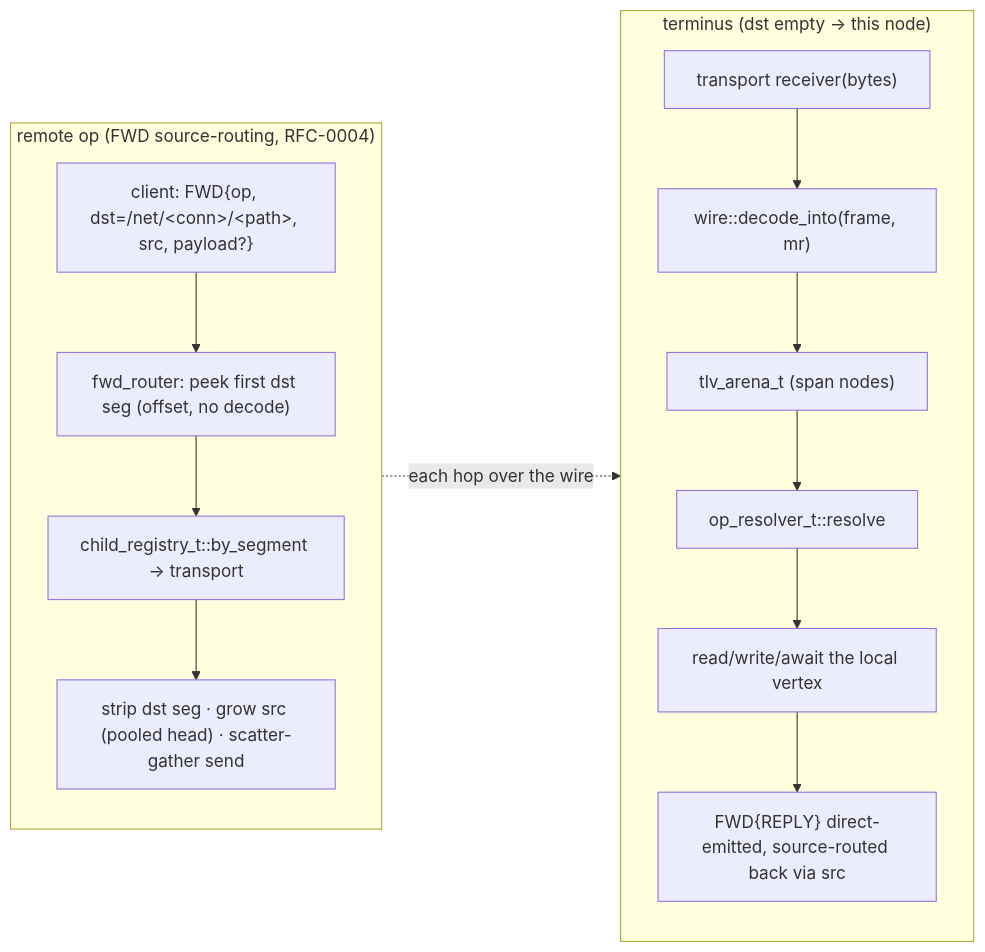
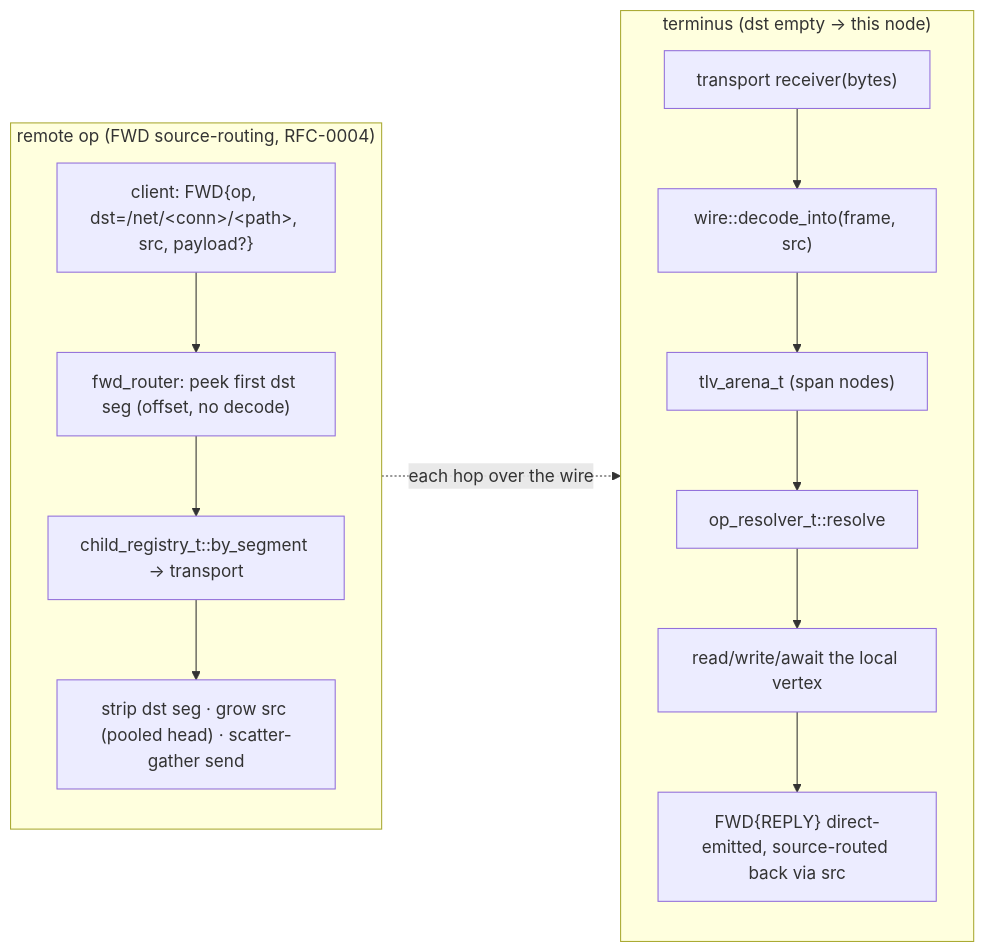
The second of 2 diagrams in docs/modules/interface-map.md (avatarsd-llc/libtracer), drawn with Mermaid before and after one commit. The commit also changed other lines of this file and 25 other files, not shown here.

````diff
--- a/docs/modules/interface-map.md
+++ b/docs/modules/interface-map.md
@@ -48,18 +48,18 @@
 ```{mermaid}
 flowchart LR
     subgraph fwd["remote op (FWD source-routing, RFC-0004)"]
         direction TB
         W1["client: FWD{op, dst=/net/&lt;conn&gt;/&lt;path&gt;, src, payload?}"] --> W2["fwd_router: peek first dst seg (offset, no decode)"]
         W2 --> W3["child_registry_t::by_segment → transport"]
         W3 --> W4["strip dst seg · grow src (pooled head) · scatter-gather send"]
     end
     subgraph term["terminus (dst empty → this node)"]
         direction TB
-        R1["transport receiver(bytes)"] --> R1a["wire::decode_into(frame, mr)"]
+        R1["transport receiver(bytes)"] --> R1a["wire::decode_into(frame, src)"]
         R1a --> R1b["tlv_arena_t (span nodes)"]
         R1b --> R2["op_resolver_t::resolve"]
         R2 --> R3["read/write/await the local vertex"]
         R3 --> R4["FWD{REPLY} direct-emitted, source-routed back via src"]
     end
     fwd -. "each hop over the wire" .-> term
 ```
````
